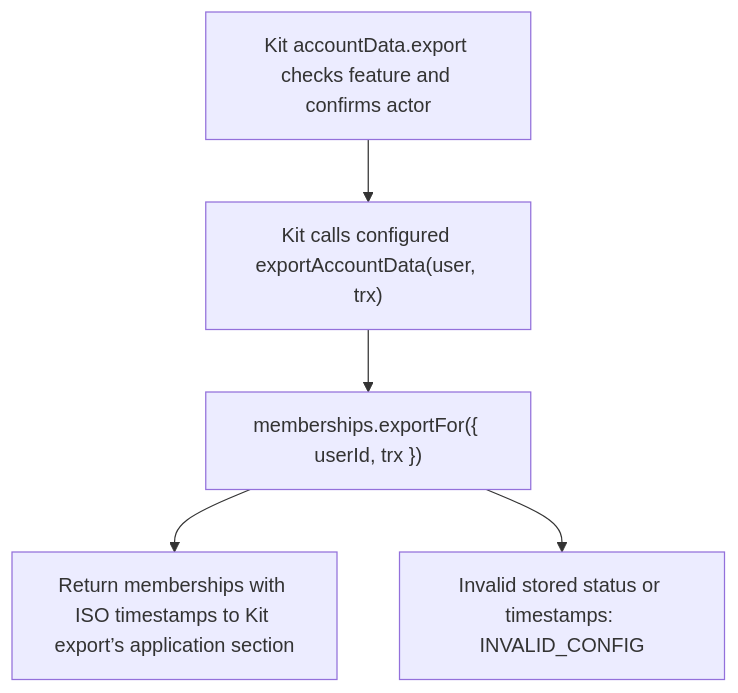
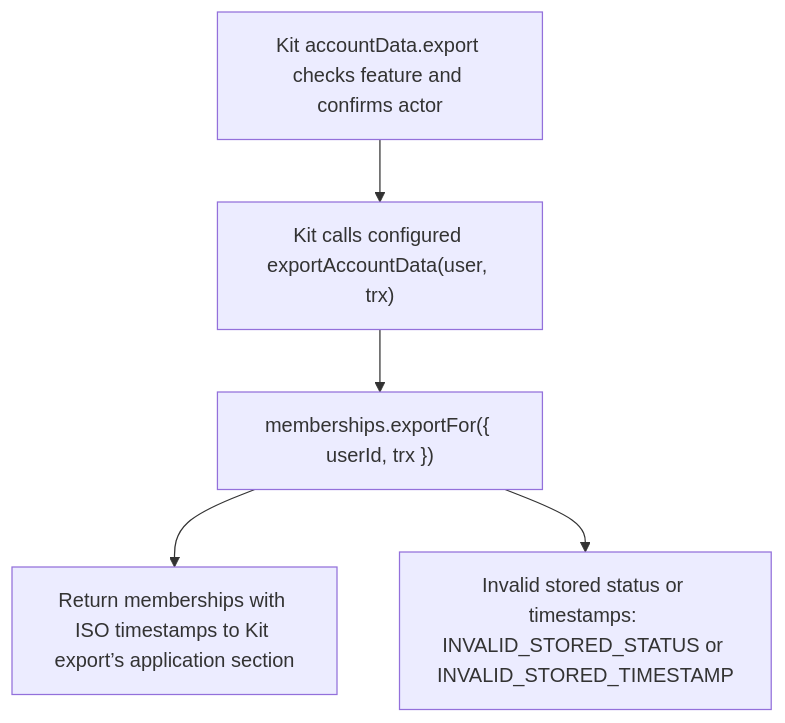
One commit to Kevinjohn/oss-adonisjs-access-control changed the second of 2 diagrams in user-stories/US-ACCESS-13-integrate-account-lifecycle.md. Above: the diagram before and after it, drawn with Mermaid. The commit also changed other lines of this file and 42 other files, not shown here.

````diff
--- a/user-stories/US-ACCESS-13-integrate-account-lifecycle.md
+++ b/user-stories/US-ACCESS-13-integrate-account-lifecycle.md
@@ -32,6 +32,6 @@
 ```mermaid
 flowchart TD
     A0["Kit accountData.export checks feature and confirms actor"] --> A["Kit calls configured exportAccountData(user, trx)"] --> B["memberships.exportFor({ userId, trx })"]
     B --> C["Return memberships with ISO timestamps to Kit export’s application section"]
-    B --> X["Invalid stored status or timestamps: INVALID_CONFIG"]
+    B --> X["Invalid stored status or timestamps: INVALID_STORED_STATUS or INVALID_STORED_TIMESTAMP"]
 ```
````
